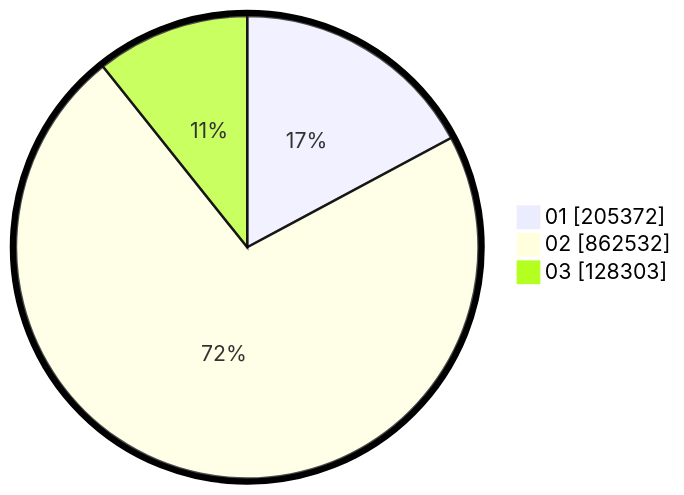
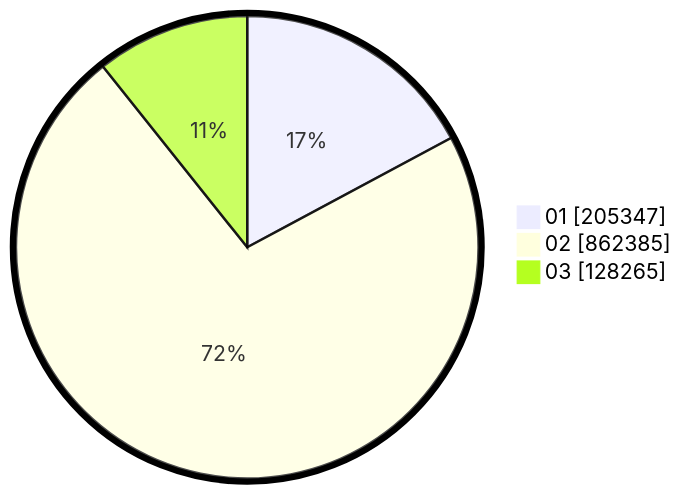
One commit to gigit-pemilu/pemilu-2024 changed the second of 2 diagrams in pilpres/hitung-suara/sub/table-wilayah-62.md. Above: the diagram before and after it, drawn with Mermaid. The commit also changed other lines of this file and 10 other files, not shown here.

````diff
--- a/pilpres/hitung-suara/sub/table-wilayah-62.md
+++ b/pilpres/hitung-suara/sub/table-wilayah-62.md
@@ -15,7 +15,7 @@
 ```mermaid
 %%{init: {"pie": {"textPosition": 0.5}, "themeVariables": {"pieOuterStrokeWidth": "5px"}} }%%
 pie showData
-    "01" : 205372
-    "02" : 862532
-    "03" : 128303
+    "01" : 205347
+    "02" : 862385
+    "03" : 128265
 ```
````
